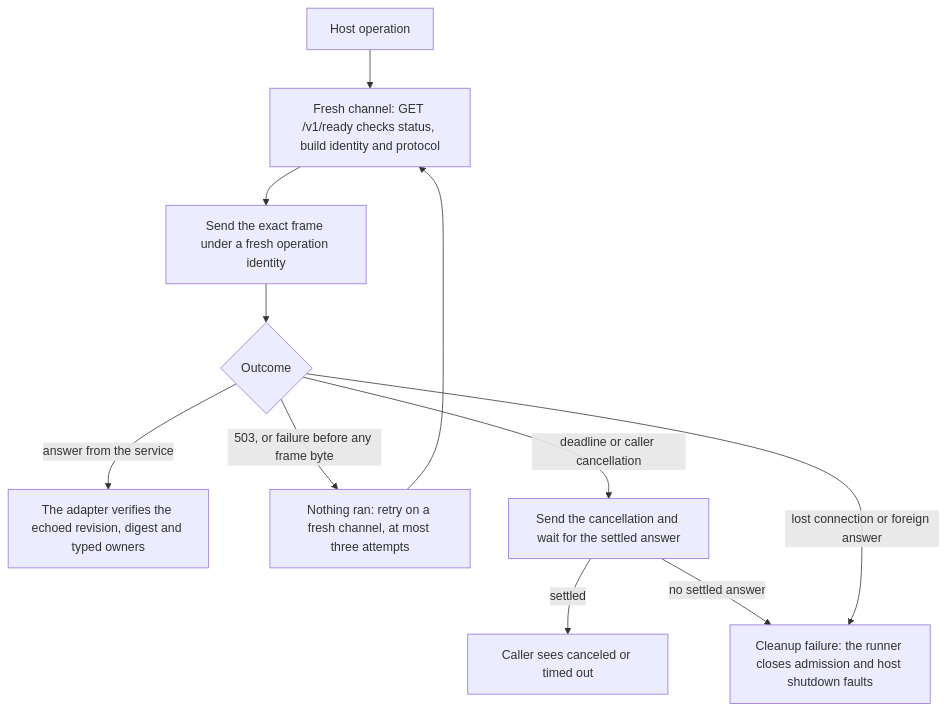
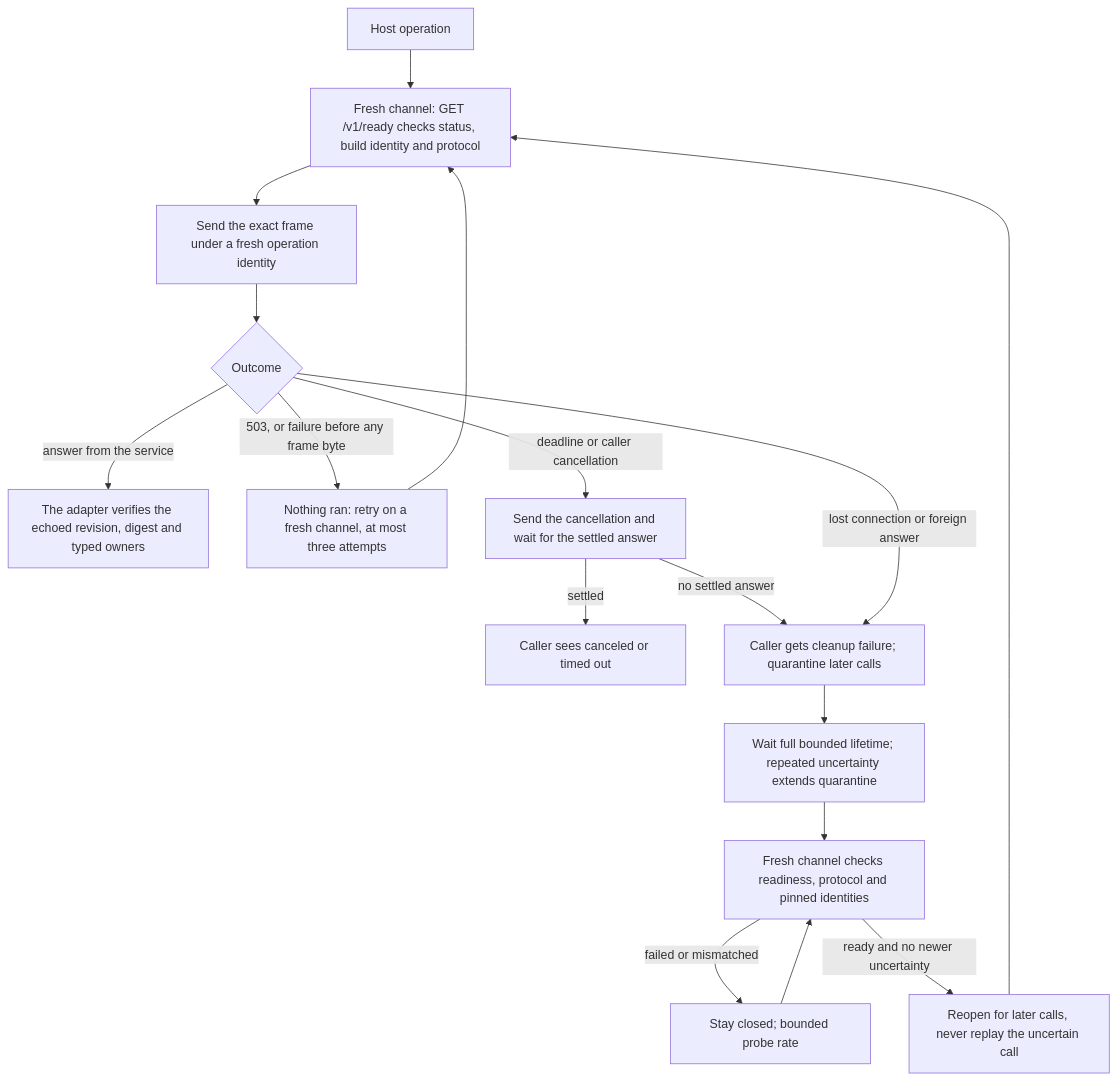
Before and after one commit to DeandreT/braid: the diagram in docs/ferrule-service.md, drawn with Mermaid. The commit also changed other lines of this file and 51 other files, not shown here.

````diff
--- a/docs/ferrule-service.md
+++ b/docs/ferrule-service.md
@@ -239,13 +276,19 @@
 ```mermaid
 flowchart TD
     op["Host operation"] --> ready["Fresh channel: GET /v1/ready checks status, build identity and protocol"]
     ready --> send["Send the exact frame under a fresh operation identity"]
     send --> outcome{"Outcome"}
     outcome -->|"answer from the service"| verify["The adapter verifies the echoed revision, digest and typed owners"]
     outcome -->|"503, or failure before any frame byte"| retry["Nothing ran: retry on a fresh channel, at most three attempts"]
     retry --> ready
     outcome -->|"deadline or caller cancellation"| cancel["Send the cancellation and wait for the settled answer"]
     cancel -->|"settled"| done["Caller sees canceled or timed out"]
     cancel -->|"no settled answer"| closed
-    outcome -->|"lost connection or foreign answer"| closed["Cleanup failure: the runner closes admission and host shutdown faults"]
+    outcome -->|"lost connection or foreign answer"| closed["Caller gets cleanup failure; quarantine later calls"]
+    closed --> lifetime["Wait full bounded lifetime; repeated uncertainty extends quarantine"]
+    lifetime --> probe["Fresh channel checks readiness, protocol and pinned identities"]
+    probe -->|"failed or mismatched"| backoff["Stay closed; bounded probe rate"]
+    backoff --> probe
+    probe -->|"ready and no newer uncertainty"| reopen["Reopen for later calls, never replay the uncertain call"]
+    reopen --> ready
 ```
````
